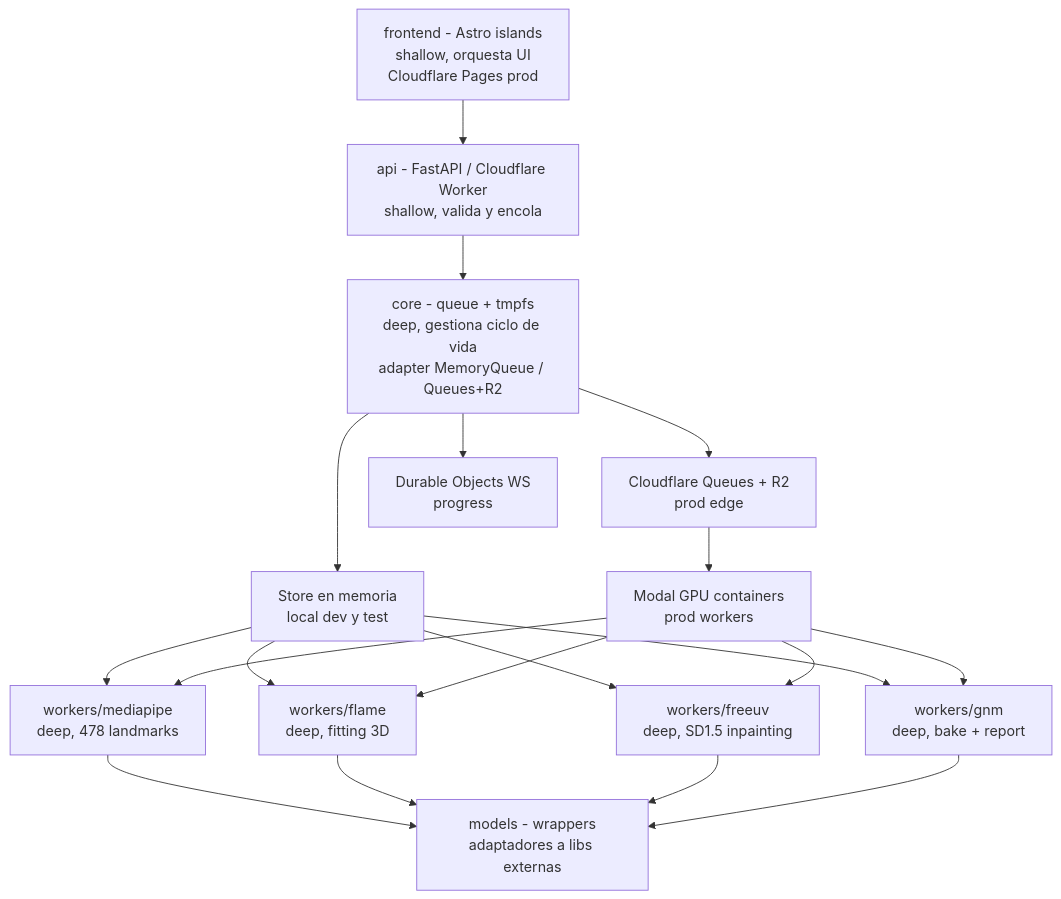
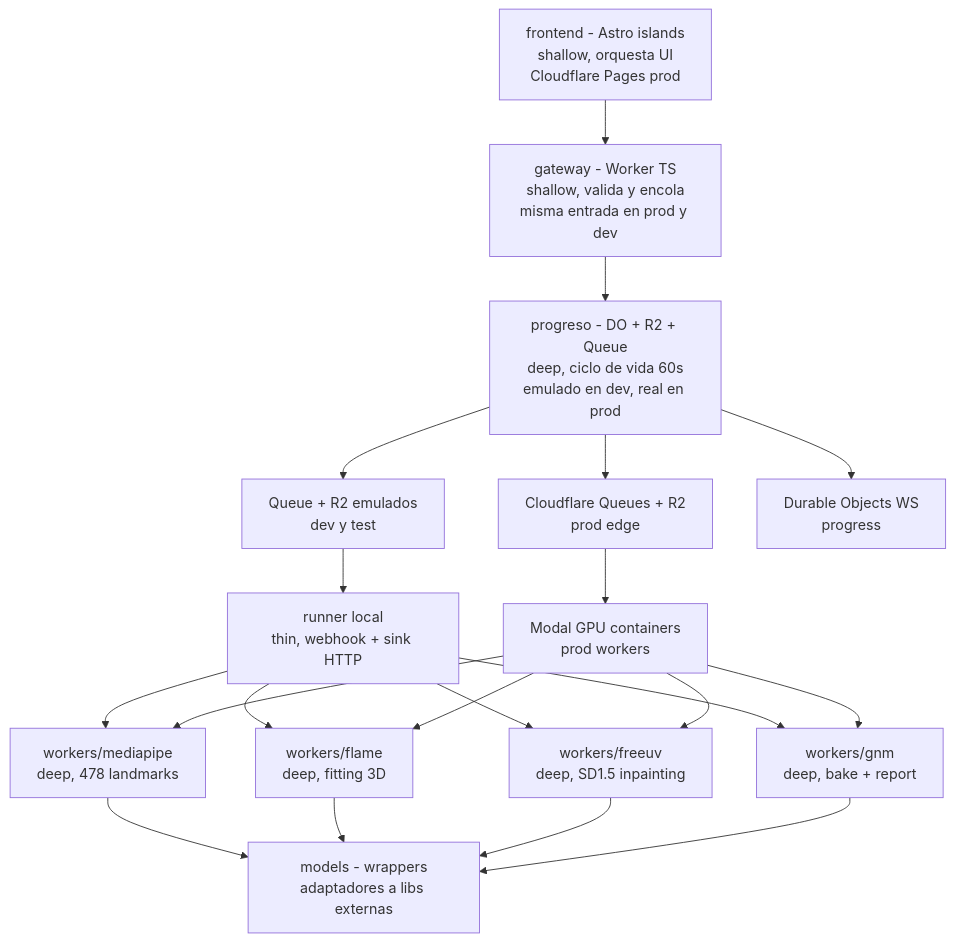
The first of 2 diagrams in ARCHITECTURE.md (dinoesau/vultus), drawn with Mermaid before and after one commit. The commit also changed other lines of this file and 4 other files, not shown here.

First line of the commit message:
docs: describe single gateway without python api

````diff
--- a/ARCHITECTURE.md
+++ b/ARCHITECTURE.md
@@ -57,25 +56,27 @@
 ```mermaid
 graph TD
     FE[frontend - Astro islands<br/>shallow, orquesta UI<br/>Cloudflare Pages prod]
-    API[api - FastAPI / Cloudflare Worker<br/>shallow, valida y encola]
-    CORE[core - queue + tmpfs<br/>deep, gestiona ciclo de vida<br/>adapter MemoryQueue / Queues+R2]
+    API[gateway - Worker TS<br/>shallow, valida y encola<br/>misma entrada en prod y dev]
+    CORE[progreso - DO + R2 + Queue<br/>deep, ciclo de vida 60s<br/>emulado en dev, real en prod]
     CFQ[Cloudflare Queues + R2<br/>prod edge]
-    LOCAL[Store en memoria<br/>local dev y test]
+    LOCAL[Queue + R2 emulados<br/>dev y test]
+    RN[runner local<br/>thin, webhook + sink HTTP]
     MO[Modal GPU containers<br/>prod workers]
     W1[workers/mediapipe<br/>deep, 478 landmarks]
     W2[workers/flame<br/>deep, fitting 3D]
     W3[workers/freeuv<br/>deep, SD1.5 inpainting]
     W4[workers/gnm<br/>deep, bake + report]
     MODELS[models - wrappers<br/>adaptadores a libs externas]
     DO[Durable Objects WS<br/>progress]
 
     FE --> API
     API --> CORE
     CORE --> CFQ
     CORE --> LOCAL
     CORE --> DO
     CFQ --> MO
-    LOCAL --> W1 & W2 & W3 & W4
+    LOCAL --> RN
+    RN --> W1 & W2 & W3 & W4
     MO --> W1 & W2 & W3 & W4
     W1 & W2 & W3 & W4 --> MODELS
 ```
````
